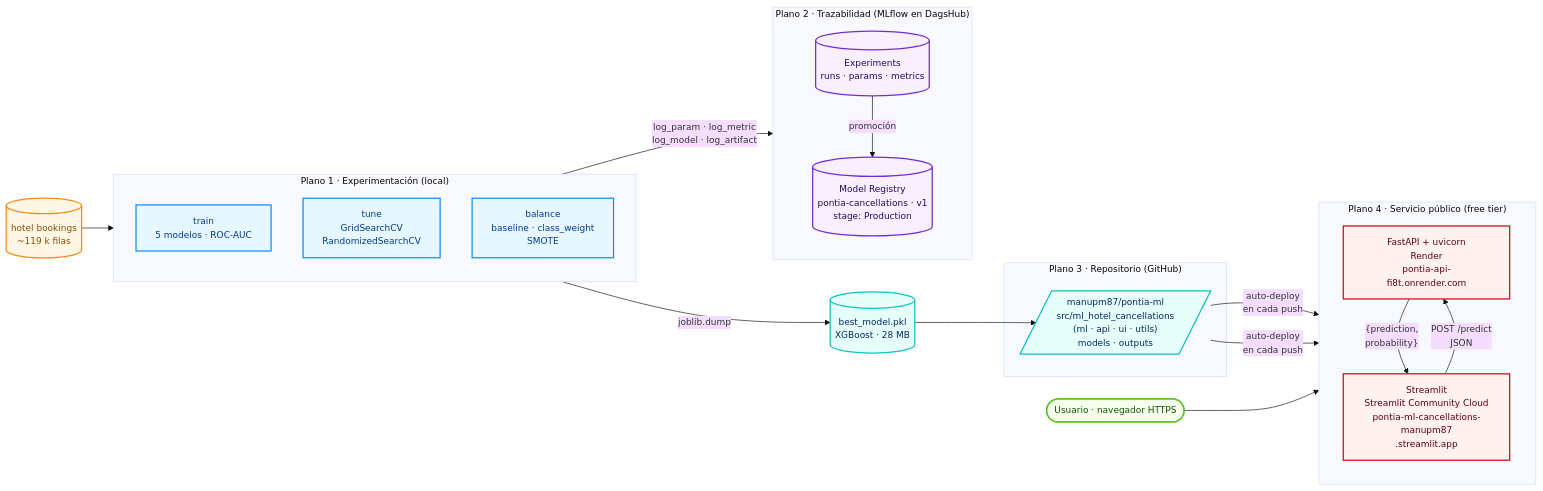
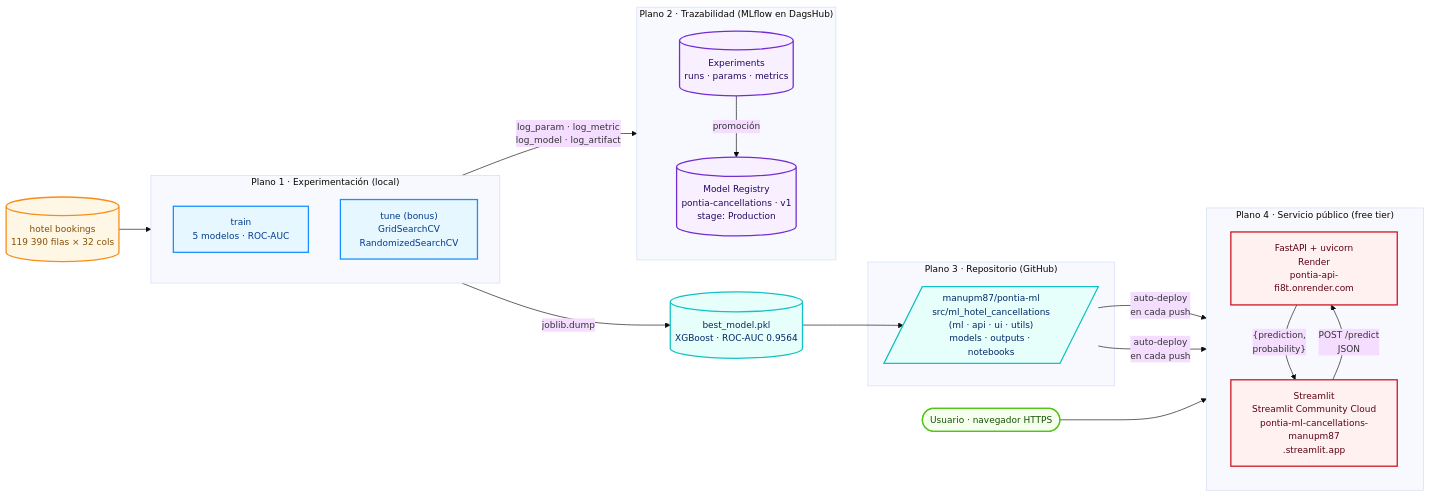
Before and after one commit to manupm87/pontia-ml: the first of 2 diagrams in docs/arquitectura.md, drawn with Mermaid. The commit also changed other lines of this file and 46 other files, not shown here.

````diff
--- a/docs/arquitectura.md
+++ b/docs/arquitectura.md
@@ -28,49 +28,48 @@
 ```mermaid
 %%{init: {'theme':'base','themeVariables':{'fontSize':'14px'}}}%%
 flowchart LR
     classDef data fill:#fff7e6,stroke:#fa8c16,color:#874d00,stroke-width:2px
     classDef train fill:#e6f7ff,stroke:#1890ff,color:#003a8c,stroke-width:2px
     classDef ml fill:#f9f0ff,stroke:#722ed1,color:#22075e,stroke-width:2px
     classDef artifact fill:#e6fffb,stroke:#13c2c2,color:#002766,stroke-width:2px
     classDef cloud fill:#fff1f0,stroke:#cf1322,color:#5c0011,stroke-width:2px
     classDef user fill:#f6ffed,stroke:#52c41a,color:#135200,stroke-width:2px
 
-    DATA[("hotel bookings<br/>~119 k filas")]:::data
+    DATA[("hotel bookings<br/>119 390 filas × 32 cols")]:::data
 
     subgraph PLANE1["Plano 1 · Experimentación (local)"]
         direction TB
         T1["train<br/>5 modelos · ROC-AUC"]:::train
-        T2["tune<br/>GridSearchCV<br/>RandomizedSearchCV"]:::train
-        T3["balance<br/>baseline · class_weight<br/>SMOTE"]:::train
+        T2["tune (bonus)<br/>GridSearchCV<br/>RandomizedSearchCV"]:::train
     end
     DATA --> PLANE1
 
     subgraph PLANE2["Plano 2 · Trazabilidad (MLflow en DagsHub)"]
         direction TB
         EXP[("Experiments<br/>runs · params · metrics")]:::ml
         REG[("Model Registry<br/>pontia-cancellations · v1<br/>stage: Production")]:::ml
         EXP -- promoción --> REG
     end
     PLANE1 -- "log_param · log_metric<br/>log_model · log_artifact" --> EXP
 
-    PKL[("best_model.pkl<br/>XGBoost · 28 MB")]:::artifact
+    PKL[("best_model.pkl<br/>XGBoost · ROC-AUC 0.9564")]:::artifact
     PLANE1 -- "joblib.dump" --> PKL
 
     subgraph PLANE3["Plano 3 · Repositorio (GitHub)"]
-        REPO[/"manupm87/pontia-ml<br/>src/ml_hotel_cancellations<br/>(ml · api · ui · utils)<br/>models · outputs"/]:::artifact
+        REPO[/"manupm87/pontia-ml<br/>src/ml_hotel_cancellations<br/>(ml · api · ui · utils)<br/>models · outputs · notebooks"/]:::artifact
     end
     PKL --> REPO
 
     subgraph PLANE4["Plano 4 · Servicio público (free tier)"]
         direction TB
         API_NODE["FastAPI + uvicorn<br/>Render<br/>pontia-api-fi8t.onrender.com"]:::cloud
         UI_NODE["Streamlit<br/>Streamlit Community Cloud<br/>pontia-ml-cancellations-manupm87<br/>.streamlit.app"]:::cloud
     end
     REPO -- "auto-deploy<br/>en cada push" --> API_NODE
     REPO -- "auto-deploy<br/>en cada push" --> UI_NODE
 
     USER([Usuario · navegador HTTPS]):::user
     USER --> UI_NODE
     UI_NODE -- "POST /predict<br/>JSON" --> API_NODE
     API_NODE -- "{prediction,<br/>probability}" --> UI_NODE
 ```
````
